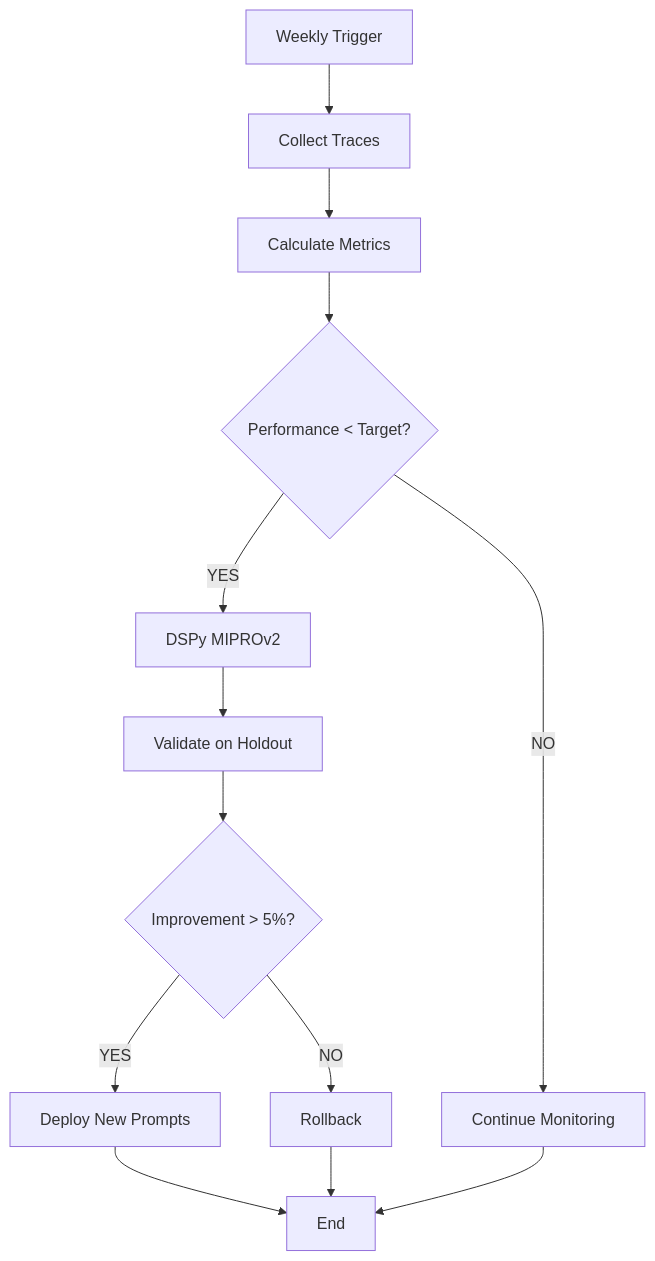
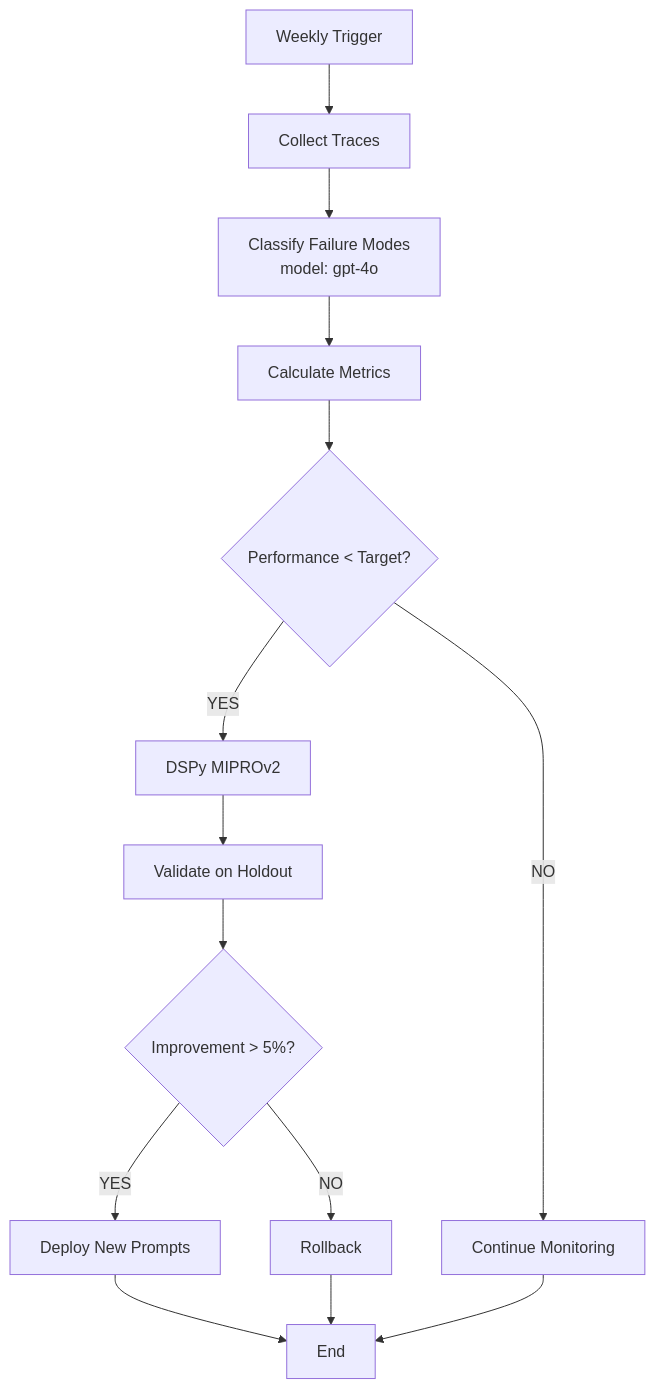
One commit to glovvva/GapRoll changed the third of 3 diagrams in paycompass-v2/docs/06_AGENT_BLUEPRINTS.md. Above: the diagram before and after it, drawn with Mermaid. The commit also changed other lines of this file and 114 other files, not shown here.

````diff
--- a/paycompass-v2/docs/06_AGENT_BLUEPRINTS.md
+++ b/paycompass-v2/docs/06_AGENT_BLUEPRINTS.md
@@ -377,15 +681,16 @@
 ```mermaid
 graph TD
     START[Weekly Trigger] --> COLLECT[Collect Traces]
-    COLLECT --> METRICS[Calculate Metrics]
+    COLLECT --> CLASSIFY_FAILURES[Classify Failure Modes<br/>model: gpt-4o]
+    CLASSIFY_FAILURES --> METRICS[Calculate Metrics]
     METRICS --> THRESHOLD{Performance < Target?}
     THRESHOLD -->|YES| OPTIMIZE[DSPy MIPROv2]
     THRESHOLD -->|NO| MONITOR[Continue Monitoring]
     OPTIMIZE --> HOLDOUT[Validate on Holdout]
     HOLDOUT --> APPROVE{Improvement > 5%?}
     APPROVE -->|YES| DEPLOY[Deploy New Prompts]
     APPROVE -->|NO| ROLLBACK[Rollback]
     DEPLOY --> END[End]
     ROLLBACK --> END
     MONITOR --> END
 ```
````
